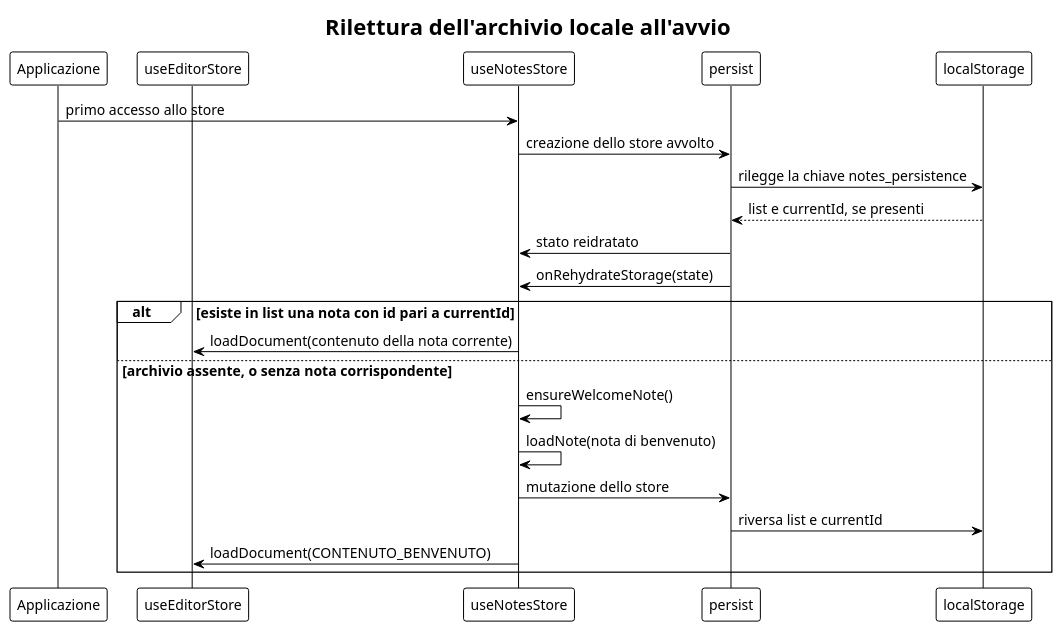
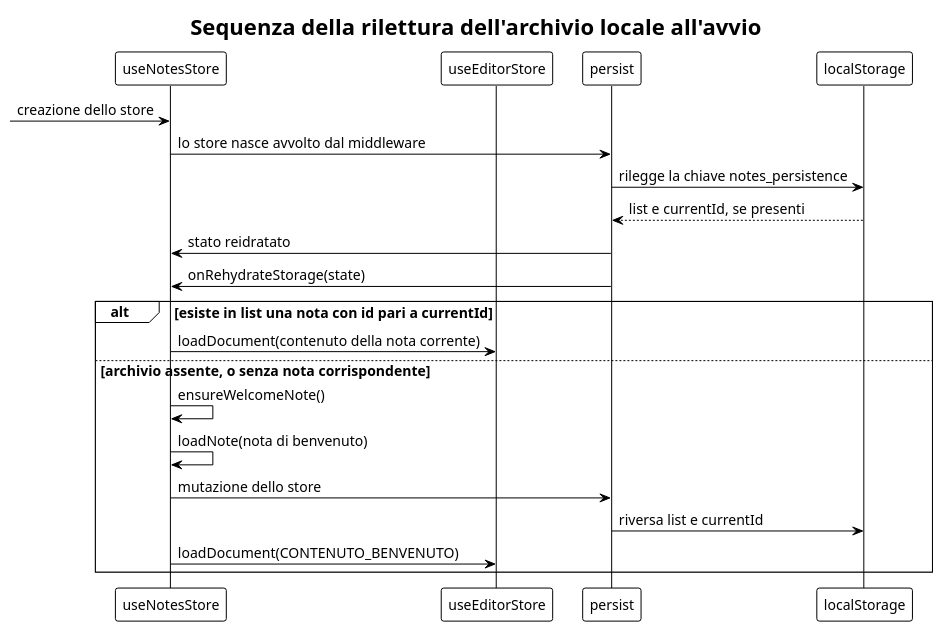
Before and after one commit to thebitless-group-swe/thebitless.github.io: the diagram in PB/doc_esterna/specifica_tecnica/assets/plantuml/UML4.4.2-3.puml, drawn with PlantUML. The commit also changed 15 other files, not shown here.

Commit message:
fix(ST): sistema diagrammi UML capitolo 4.4 e coerenza con relativo testo

```diff
--- a/PB/doc_esterna/specifica_tecnica/assets/plantuml/UML4.4.2-3.puml
+++ b/PB/doc_esterna/specifica_tecnica/assets/plantuml/UML4.4.2-3.puml
@@ -1,39 +1,38 @@
 @startuml
 !theme plain
 hide circle
 skinparam classAttributeIconSize 0
 skinparam shadowing false
 skinparam nodesep 45
 skinparam ranksep 60
 skinparam defaultFontSize 14
 
-title Rilettura dell'archivio locale all'avvio
+title Sequenza della rilettura dell'archivio locale all'avvio
 
-participant Applicazione as APP
+participant useNotesStore as NS
 participant useEditorStore as ES
-participant useNotesStore as NS
 participant persist as P
 participant localStorage as LS
 
-APP -> NS : primo accesso allo store
-NS -> P : creazione dello store avvolto
+[-> NS : creazione dello store
+NS -> P : lo store nasce avvolto dal middleware
 P -> LS : rilegge la chiave notes_persistence
 LS --> P : list e currentId, se presenti
 P -> NS : stato reidratato
 P -> NS : onRehydrateStorage(state)
 
 alt esiste in list una nota con id pari a currentId
 
   NS -> ES : loadDocument(contenuto della nota corrente)
 
 else archivio assente, o senza nota corrispondente
 
   NS -> NS : ensureWelcomeNote()
   NS -> NS : loadNote(nota di benvenuto)
   NS -> P : mutazione dello store
   P -> LS : riversa list e currentId
   NS -> ES : loadDocument(CONTENUTO_BENVENUTO)
 
 end
 
 @enduml
```
